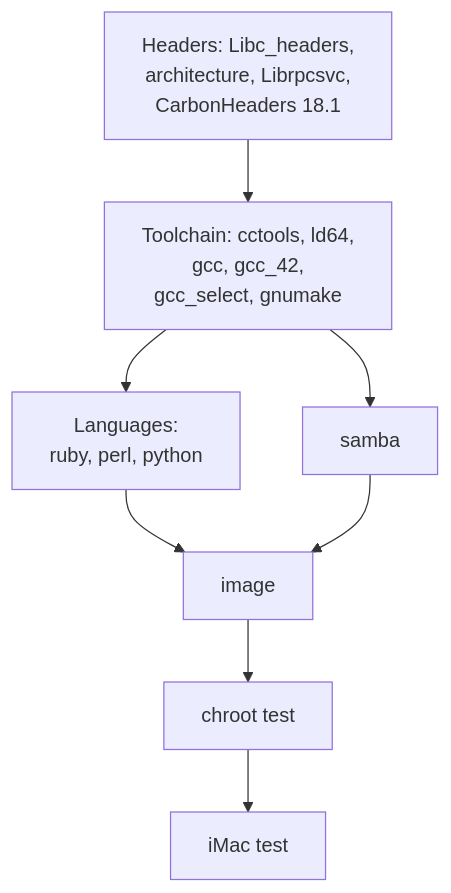
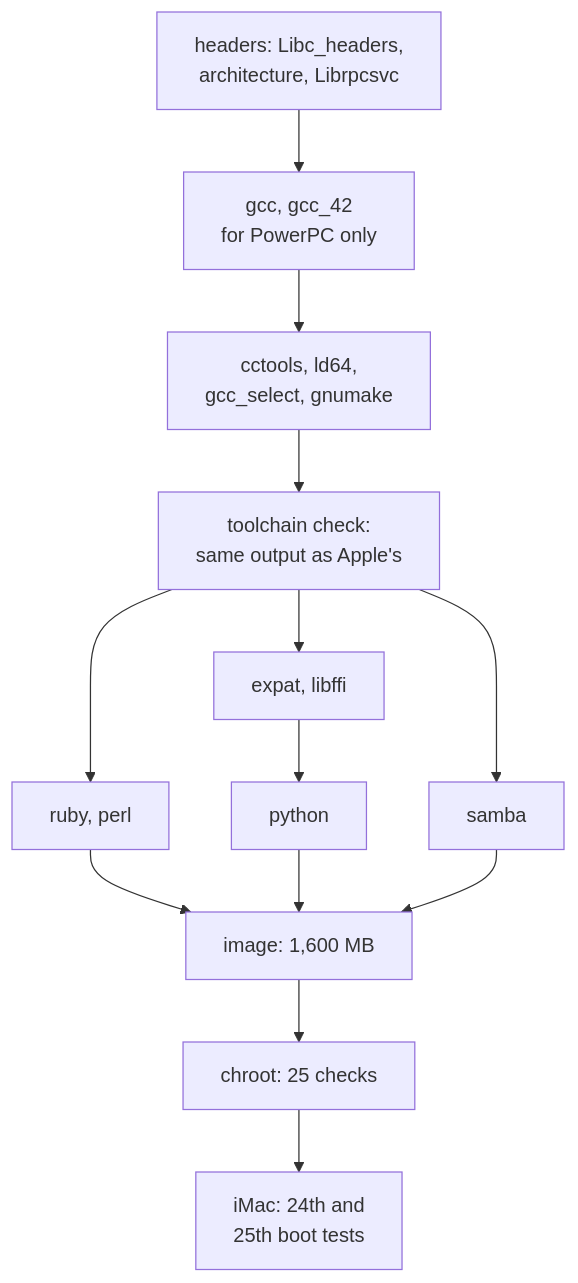
One commit to nyg/PowerDarwin changed the first of 2 diagrams in docs/src/steps/step-10-working-unix.md. Above: the diagram before and after it, drawn with Mermaid. The commit also changed other lines of this file and 16 other files, not shown here.

````diff
--- a/docs/src/steps/step-10-working-unix.md
+++ b/docs/src/steps/step-10-working-unix.md
@@ -33,10 +31,14 @@
 ```mermaid
 flowchart TB
-    H["Headers: Libc_headers,<br/>architecture, Librpcsvc,<br/>CarbonHeaders 18.1"] --> T["Toolchain: cctools, ld64,<br/>gcc, gcc_42,<br/>gcc_select, gnumake"]
-    T --> L["Languages:<br/>ruby, perl, python"]
-    T --> S[samba]
-    L --> I[image]
+    H["headers: Libc_headers,<br/>architecture, Librpcsvc"] --> G["gcc, gcc_42<br/>for PowerPC only"]
+    G --> T["cctools, ld64,<br/>gcc_select, gnumake"]
+    T --> X["toolchain check:<br/>same output as Apple's"]
+    X --> R["ruby, perl"]
+    X --> E["expat, libffi"] --> P[python]
+    X --> S[samba]
+    R --> I["image: 1,600 MB"]
+    P --> I
     S --> I
-    I --> C[chroot test]
-    C --> M[iMac test]
+    I --> C["chroot: 25 checks"]
+    C --> M["iMac: 24th and<br/>25th boot tests"]
 ```
````
